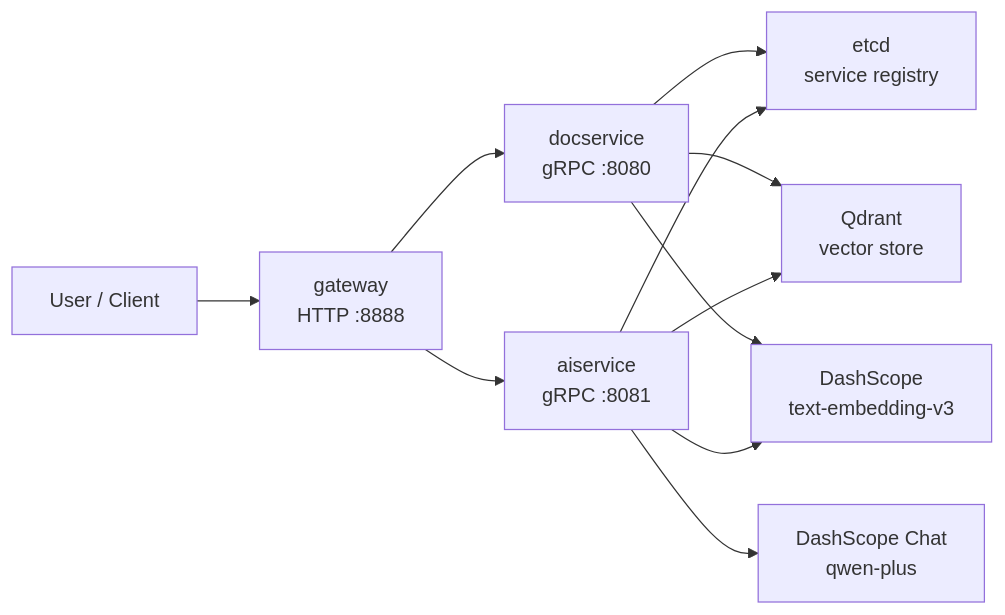
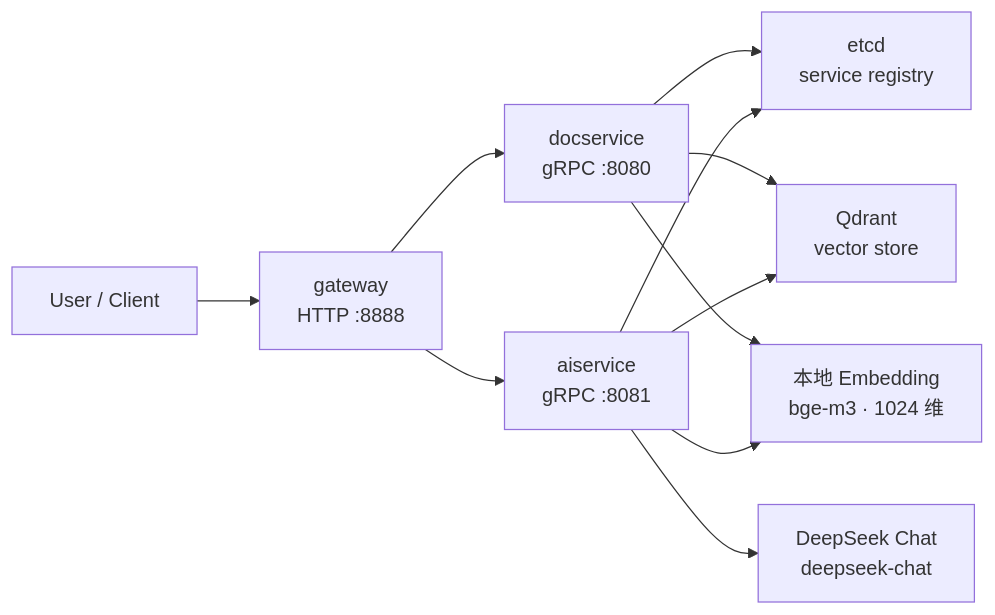
The diagram in README.md (suiran17/go-zero-rag), drawn with Mermaid before and after one commit. The commit also changed other lines of this file and 21 other files, not shown here.

First line of the commit message:
feat: replace Qwen-specific clients with OpenAI-compatible embedding & chat

````diff
--- a/README.md
+++ b/README.md
@@ -15,13 +16,13 @@
 ```mermaid
 flowchart LR
     U[User / Client] --> G[gateway<br/>HTTP :8888]
     G --> D[docservice<br/>gRPC :8080]
     G --> A[aiservice<br/>gRPC :8081]
     D --> E[etcd<br/>service registry]
     A --> E
     D --> Q[Qdrant<br/>vector store]
     A --> Q
-    D --> DS[DashScope<br/>text-embedding-v3]
-    A --> DS
-    A --> LLM[DashScope Chat<br/>qwen-plus]
+    D --> EM[本地 Embedding<br/>bge-m3 · 1024 维]
+    A --> EM
+    A --> LLM[DeepSeek Chat<br/>deepseek-chat]
 ```
````
